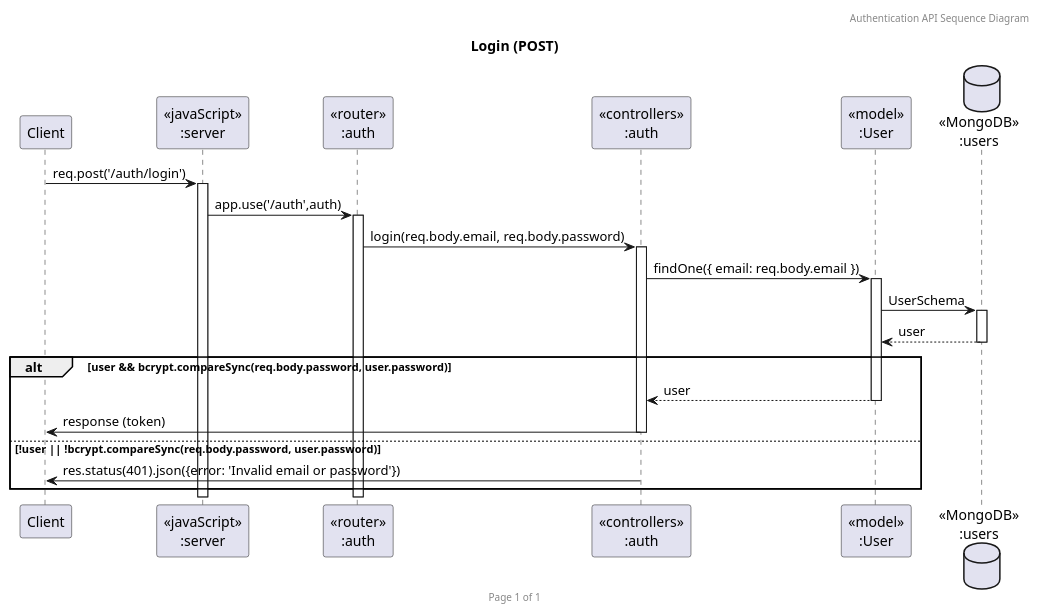
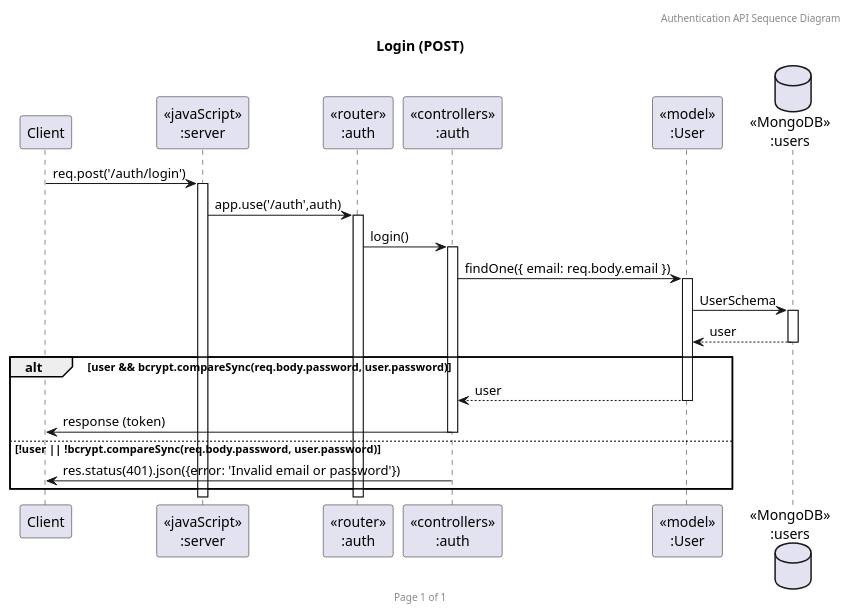
One commit to IamMrTeapot/BackendClass changed the diagram in plant-uml/sequence-diagrams/auth/Login.puml. Above: the diagram before and after it, drawn with PlantUML. The commit also changed 3 other files, not shown here.

```diff
--- a/plant-uml/sequence-diagrams/auth/Login.puml
+++ b/plant-uml/sequence-diagrams/auth/Login.puml
@@ -1,27 +1,27 @@
 @startuml Login (POST)
 
 header Authentication API Sequence Diagram
 footer Page %page% of %lastpage%
 title "Login (POST)"
 
 participant "Client" as client
 participant "<<javaScript>>\n:server" as server
 participant "<<router>>\n:auth" as routerAuth
 participant "<<controllers>>\n:auth" as controllersAuth
 participant "<<model>>\n:User" as modelUser
 database "<<MongoDB>>\n:users" as UsersDatabase
 
 client->server ++:req.post('/auth/login')
 server->routerAuth ++:app.use('/auth',auth)
-routerAuth -> controllersAuth ++:login(req.body.email, req.body.password)
+routerAuth -> controllersAuth ++:login()
 controllersAuth->modelUser ++:findOne({ email: req.body.email })
 modelUser ->UsersDatabase ++: UserSchema
 UsersDatabase --> modelUser --: user
 alt user && bcrypt.compareSync(req.body.password, user.password)
     controllersAuth <-- modelUser --:user
     controllersAuth->client --:response (token)
 else !user || !bcrypt.compareSync(req.body.password, user.password)
     controllersAuth -> client --:res.status(401).json({error: 'Invalid email or password'})
 end
 
 @enduml
```
